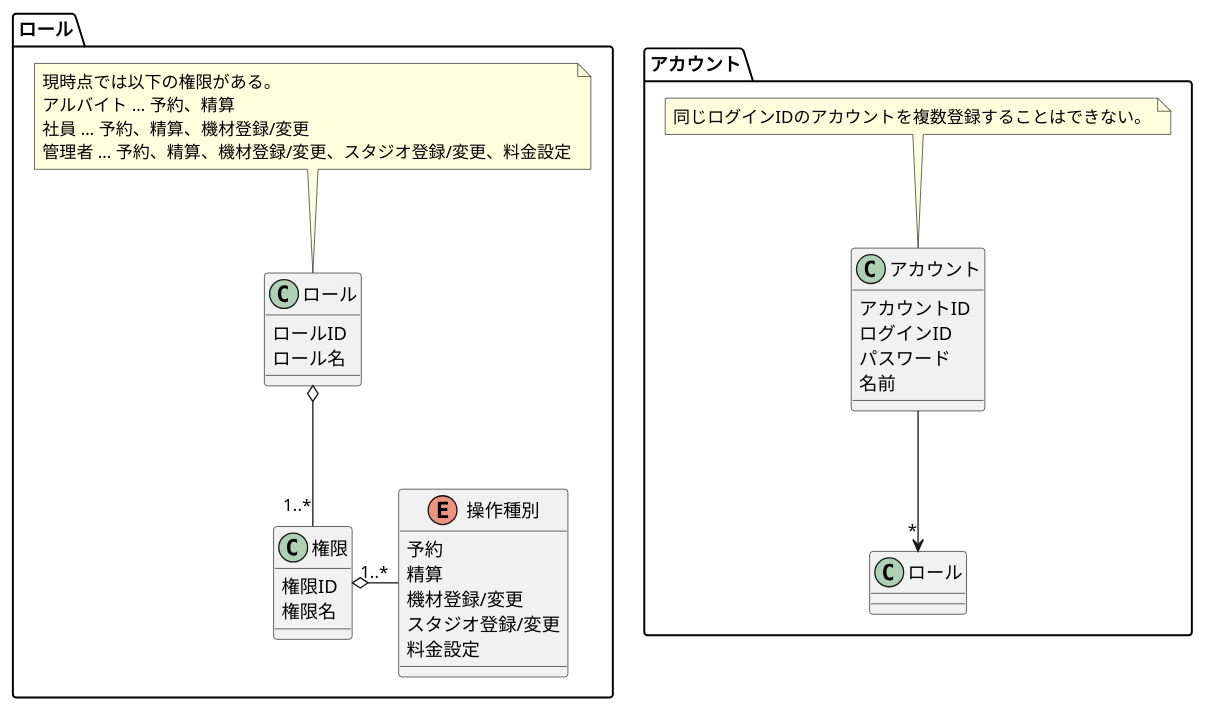
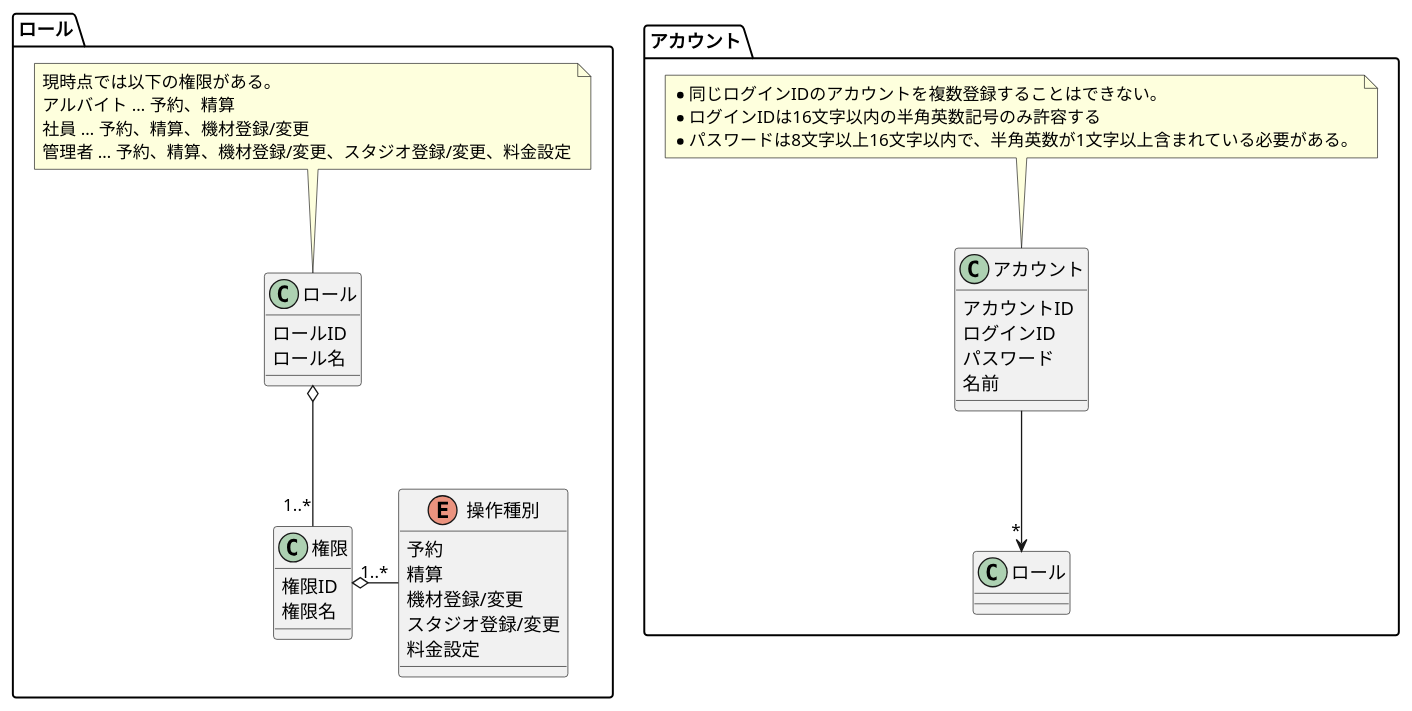
One commit to TakashiOnawa/ddd-practice-studio-reservation changed the diagram in modeling/07_DomainModel_認証.pu. Above: the diagram before and after it, drawn with PlantUML. The commit also changed 2 other files, not shown here.

```diff
--- a/modeling/07_DomainModel_認証.pu
+++ b/modeling/07_DomainModel_認証.pu
@@ -1,48 +1,50 @@
 @startuml DomainModel
 
 package アカウント {
     class アカウント {
         アカウントID
         ログインID
         パスワード
         名前
     }
 
     アカウント --> "*" ロール
 
     note top of アカウント
-    同じログインIDのアカウントを複数登録することはできない。
+    * 同じログインIDのアカウントを複数登録することはできない。
+    * ログインIDは16文字以内の半角英数記号のみ許容する
+    * パスワードは8文字以上16文字以内で、半角英数が1文字以上含まれている必要がある。
     end note
 }
 
 package ロール {
     class ロール {
         ロールID
         ロール名
     }
 
     class 権限 {
         権限ID
         権限名
     }
 
     enum 操作種別 {
         予約
         精算
         機材登録/変更
         スタジオ登録/変更
         料金設定
     }
 
     ロール o-- "1..*" 権限
     権限 o- "1..*" 操作種別
 
     note top of ロール
     現時点では以下の権限がある。
     アルバイト … 予約、精算
     社員 … 予約、精算、機材登録/変更
     管理者 … 予約、精算、機材登録/変更、スタジオ登録/変更、料金設定
     end note
 }
 
 @enduml
```
